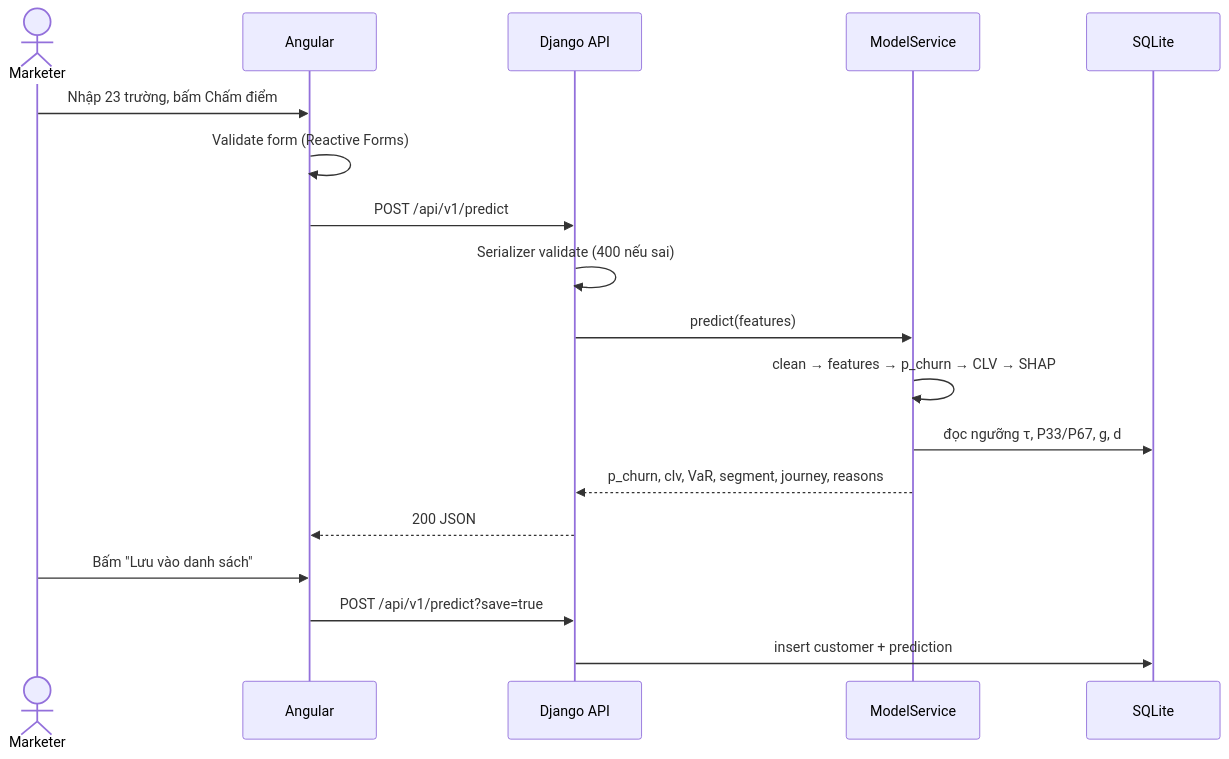
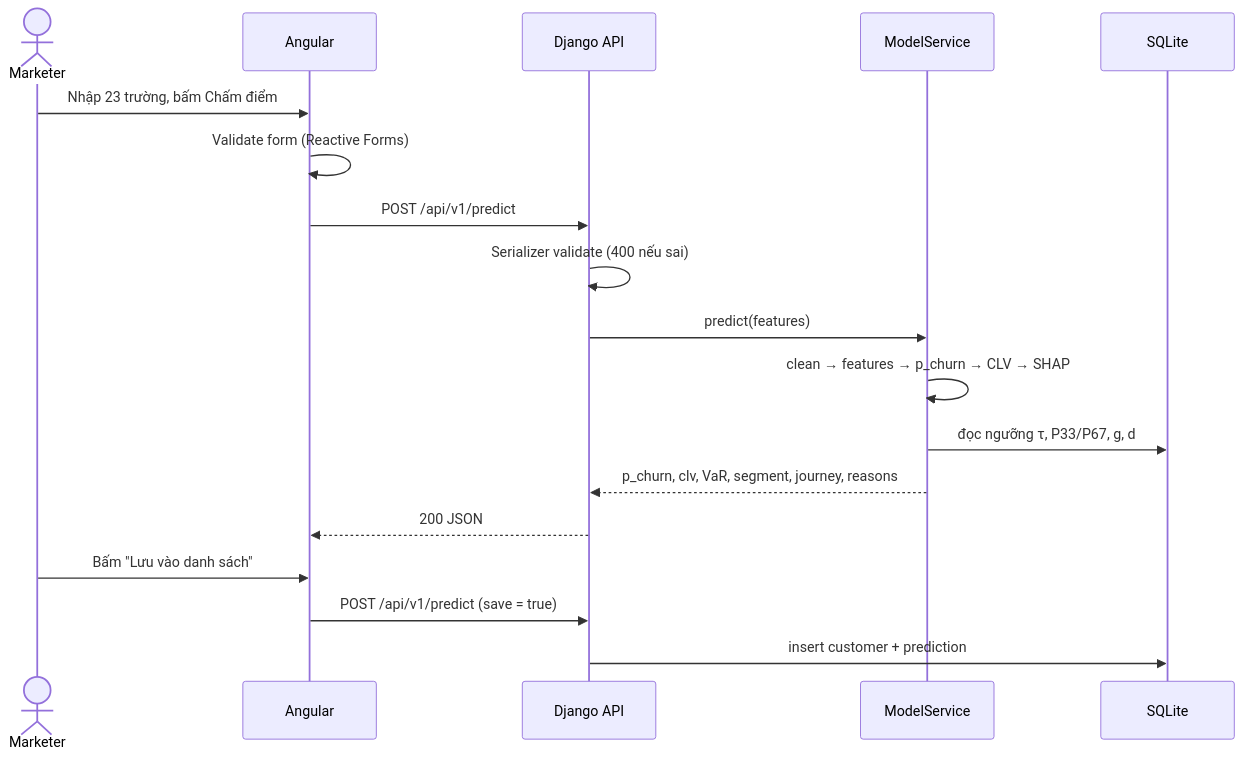
Before and after one commit to Khoailat2808/machine_learning_project: the second of 3 diagrams in docs/03-architecture.md, drawn with Mermaid. The commit also changed other lines of this file and 11 other files, not shown here.

````diff
--- a/docs/03-architecture.md
+++ b/docs/03-architecture.md
@@ -46,20 +46,20 @@
 ```mermaid
 sequenceDiagram
     actor U as Marketer
     participant FE as Angular
     participant API as Django API
     participant MS as ModelService
     participant DB as SQLite
     U->>FE: Nhập 23 trường, bấm Chấm điểm
     FE->>FE: Validate form (Reactive Forms)
     FE->>API: POST /api/v1/predict
     API->>API: Serializer validate (400 nếu sai)
     API->>MS: predict(features)
     MS->>MS: clean → features → p_churn → CLV → SHAP
     MS->>DB: đọc ngưỡng τ, P33/P67, g, d
     MS-->>API: p_churn, clv, VaR, segment, journey, reasons
     API-->>FE: 200 JSON
     U->>FE: Bấm "Lưu vào danh sách"
-    FE->>API: POST /api/v1/predict?save=true
+    FE->>API: POST /api/v1/predict (save = true)
     API->>DB: insert customer + prediction
 ```
````
